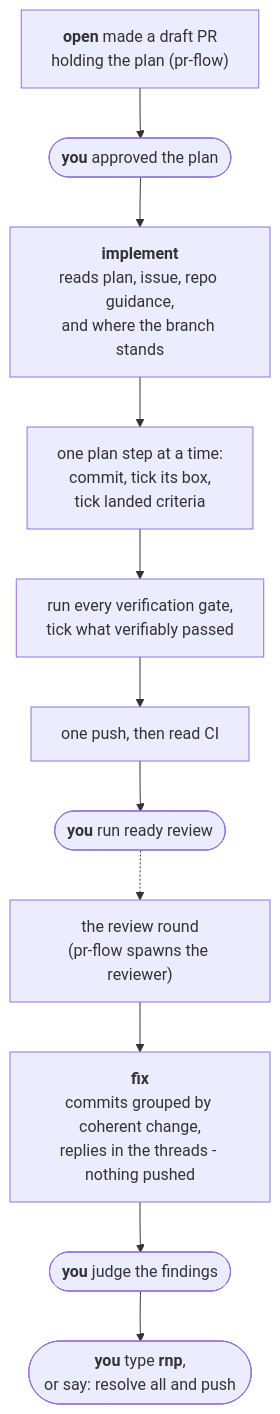
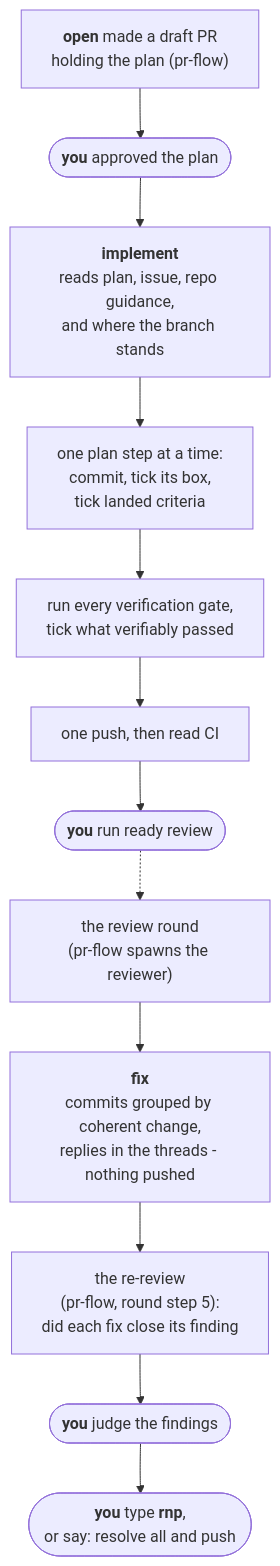
Before and after one commit to izkreny/agentifico: the diagram in plugins/gh-solo/skills/implement/README.md, drawn with Mermaid. The commit also changed other lines of this file and 45 other files, not shown here.

First line of the commit message:
fix(gh-solo): review the gh-solo package before its next tag (#58)

````diff
--- a/plugins/gh-solo/skills/implement/README.md
+++ b/plugins/gh-solo/skills/implement/README.md
@@ -22,13 +22,14 @@
 ```mermaid
 flowchart TD
     A["<b>open</b> made a draft PR<br/>holding the plan (pr-flow)"] --> STOP(["<b>you</b> approved the plan"])
     STOP --> B["<b>implement</b><br/>reads plan, issue, repo guidance,<br/>and where the branch stands"]
     B --> C["one plan step at a time:<br/>commit, tick its box,<br/>tick landed criteria"]
     C --> D["run every verification gate,<br/>tick what verifiably passed"]
     D --> E["one push, then read CI"]
     E --> F(["<b>you</b> run ready review"])
     F -.-> G["the review round<br/>(pr-flow spawns the reviewer)"]
     G --> I["<b>fix</b><br/>commits grouped by coherent change,<br/>replies in the threads - nothing pushed"]
-    I --> H(["<b>you</b> judge the findings"])
+    I --> RR["the re-review<br/>(pr-flow, round step 5):<br/>did each fix close its finding"]
+    RR --> H(["<b>you</b> judge the findings"])
     H --> J(["<b>you</b> type <b>rnp</b>,<br/>or say: resolve all and push"])
 ```
````
